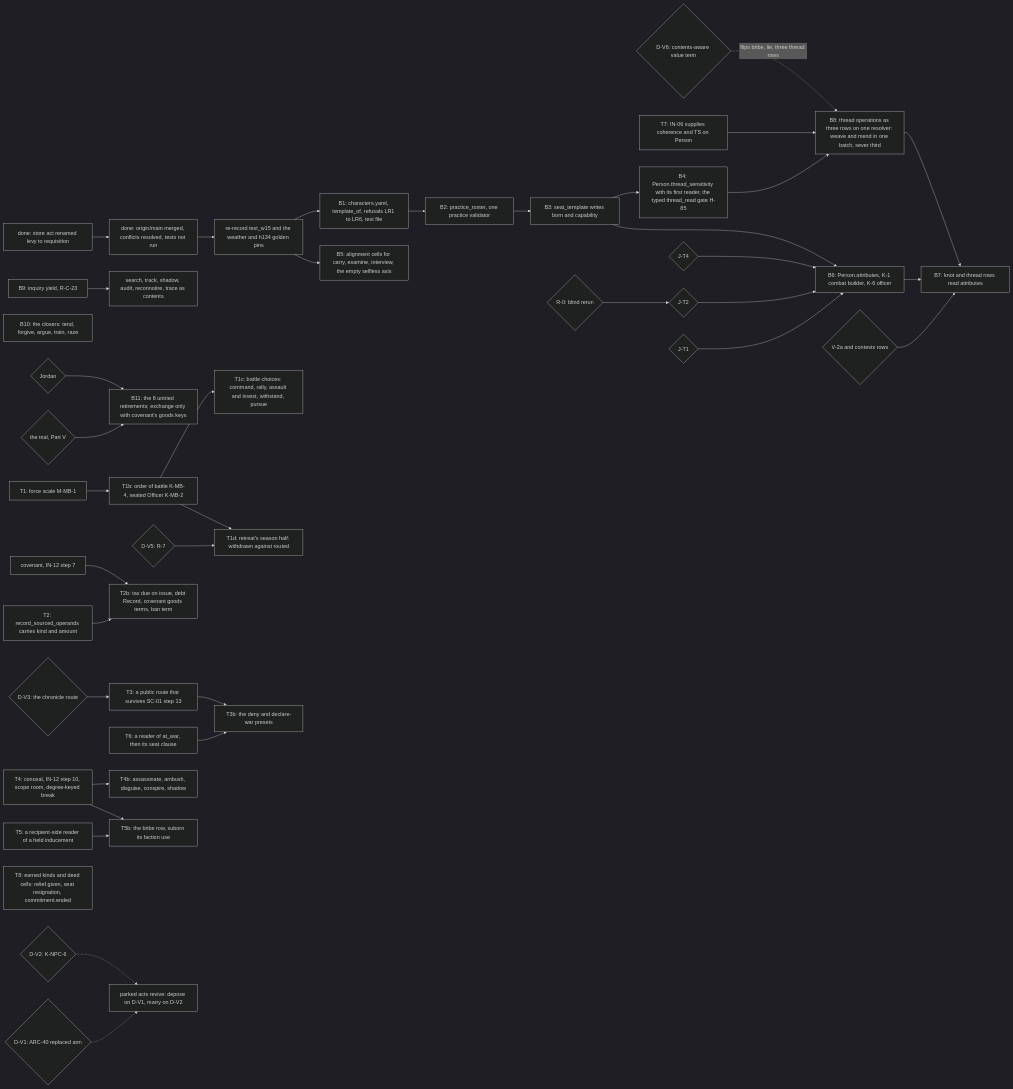
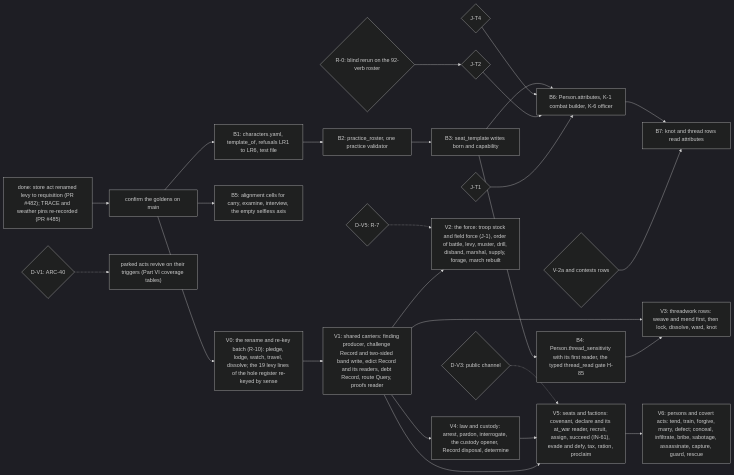
The diagram in proposals/2026-10-16-v2-person-troop-attribute-synthesis_part7.md (jordanelias/ttrpg), drawn with Mermaid (dark theme) before and after one commit. The commit also changed other lines of this file and 22 other files, not shown here.

````diff
--- a/proposals/2026-10-16-v2-person-troop-attribute-synthesis_part7.md
+++ b/proposals/2026-10-16-v2-person-troop-attribute-synthesis_part7.md
@@ -21,40 +19,28 @@
 ```mermaid
 graph LR
-    D0["done: store act renamed levy to requisition"] --> D1["done: origin/main merged, conflicts resolved, tests not run"]
-    D1 --> G0["re-record test_w15 and the weather and h134 golden pins"]
+    D0["done: store act renamed levy to requisition (PR #482); TRACE and weather pins re-recorded (PR #485)"] --> G0["confirm the goldens on main"]
     G0 --> B1["B1: characters.yaml, template_of, refusals LR1 to LR6, test file"]
     B1 --> B2["B2: practice_roster, one practice validator"]
     B2 --> B3["B3: seat_template writes born and capability"]
     B3 --> B4["B4: Person.thread_sensitivity with its first reader, the typed thread_read gate H-85"]
     G0 --> B5["B5: alignment cells for carry, examine, interview, the empty selfless axis"]
     JT1{"J-T1"} --> B6["B6: Person.attributes, K-1 combat builder, K-6 officer"]
     JT2{"J-T2"} --> B6
     JT4{"J-T4"} --> B6
     B3 --> B6
     V2A{"V-2a and contests rows"} --> B7["B7: knot and thread rows read attributes"]
     B6 --> B7
-    B8["B8: thread operations as three rows on one resolver: weave and mend in one batch, sever third"] --> B7
-    B4 --> B8
-    T7["T7: IN-06 supplies coherence and TS on Person"] --> B8
-    B9["B9: inquiry yield, R-C-23"] --> B9b["search, track, shadow, audit, reconnoitre, trace as contents"]
-    B10["B10: the closers: tend, forgive, argue, train, raze"]
-    R0{"R-0: blind rerun"} --> JT2
-    TR{"the trial, Part V"} --> B11["B11: the 8 untried retirements; exchange only with covenant's goods keys"]
-    J{"Jordan"} --> B11
-    T1["T1: force scale M-MB-1"] --> T1b["T1b: order of battle K-MB-4, seated Officer K-MB-2"]
-    T1b --> T1c["T1c: battle choices: command, rally, assault and invest, withstand, pursue"]
-    DV5{"D-V5: R-7"} --> T1d["T1d: retreat's season half: withdrawn against routed"]
-    T1b --> T1d
-    T2["T2: record_sourced_operands carries kind and amount"] --> T2b["T2b: tax due on issue, debt Record, covenant goods terms, ban term"]
-    COV["covenant, IN-12 step 7"] --> T2b
-    DV3{"D-V3: the chronicle route"} --> T3["T3: a public route that survives SC-01 step 13"]
-    T6["T6: a reader of at_war, then its seat clause"] --> T3b["T3b: the deny and declare-war presets"]
-    T3 --> T3b
-    T4["T4: conceal, IN-12 step 10, scope room, degree-keyed break"] --> T4b["T4b: assassinate, ambush, disguise, conspire, shadow"]
-    T5["T5: a recipient-side reader of a held inducement"] --> T5b["T5b: the bribe row, suborn its faction use"]
-    T4 --> T5b
-    T8["T8: earned kinds and deed cells: relief.given, seat resignation, commitment.ended"]
-    DV6{"D-V6: contents-aware value term"} -.->|"flips bribe, lie, three thread rows"| B8
-    DV1{"D-V1: ARC-40 replaced arm"} -.-> PK["parked acts revive: depose on D-V1, marry on D-V2"]
-    DV2{"D-V2: K-NPC-6"} -.-> PK
+    R0{"R-0: blind rerun on the 92-verb roster"} --> JT2
+    G0 --> V0["V0: the rename and re-key batch (R-10): pledge, lodge, watch, travel, dissolve; the 19 levy lines of the hole register re-keyed by sense"]
+    V0 --> V1["V1: shared carriers: finding producer, challenge Record and two-sided band write, edict Record and its readers, debt Record, route Query, proofs reader"]
+    B4 --> V3
+    V1 --> V2["V2: the force: troop stock and field force (J-1), order of battle, levy, muster, drill, disband, marshal, supply, forage, march rebuilt"]
+    V1 --> V3["V3: threadwork rows: weave and mend first, then lock, dissolve, ward, knot"]
+    V1 --> V4["V4: law and custody: arrest, pardon, interrogate, the custody opener, Record disposal, determine"]
+    V1 --> V5["V5: seats and factions: covenant, declare and its at_war reader, recruit, assign, succeed (IN-61), evade and defy, tax, ration, proclaim"]
+    V4 --> V5
+    V5 --> V6["V6: persons and covert acts: tend, train, forgive, marry, defect; conceal, infiltrate, bribe, sabotage, assassinate, capture, guard, rescue"]
+    DV5{"D-V5: R-7"} -.-> V2
+    DV3{"D-V3: public channel"} -.-> V5
+    DV1{"D-V1: ARC-40"} -.-> PK["parked acts revive on their triggers (Part VI coverage tables)"]
 ```
````
